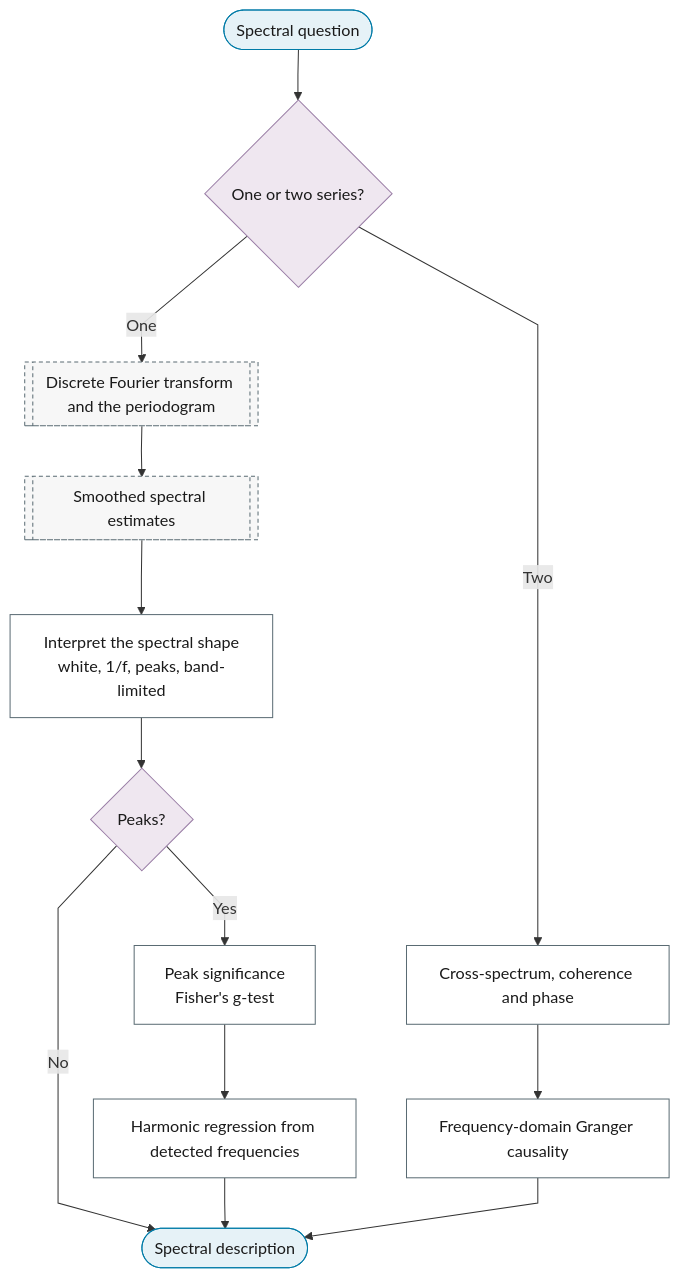
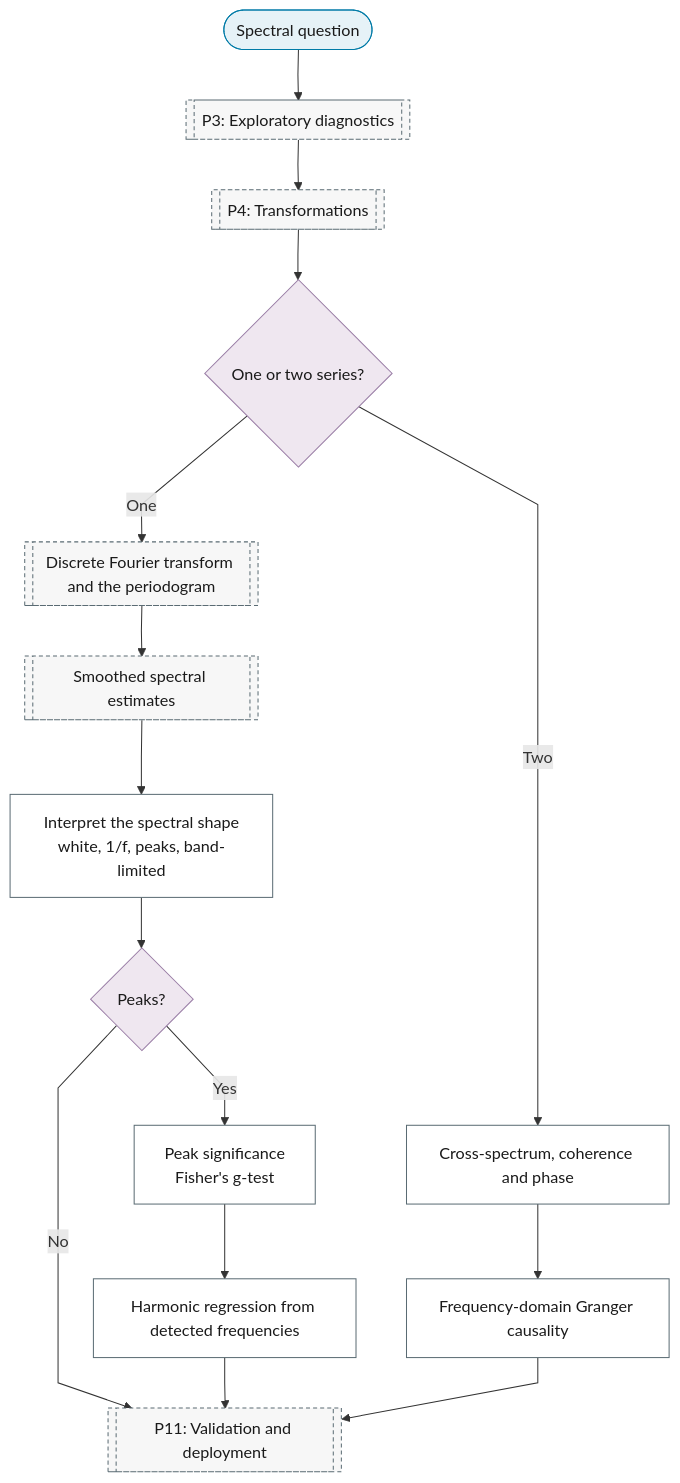
One commit to Shuxin-Y/time-series-analysis-manual changed the diagram in docs/01-workflow/p02-purpose/08-spectral-analysis.md. Above: the diagram before and after it, drawn with Mermaid. The commit also changed 9 other files, not shown here.

First line of the commit message:
fix(flowchart): purpose charts route through the spine and end at P11

````diff
--- a/docs/01-workflow/p02-purpose/08-spectral-analysis.md
+++ b/docs/01-workflow/p02-purpose/08-spectral-analysis.md
@@ -7,27 +7,29 @@
 ```mermaid
 %%{init: {"flowchart": {"curve": "linear"}}}%%
 graph TD
-    P2_SP_IN(["Spectral question"]) --> P2_SP_SERIES{"One or two series?"}
+    P2_SP_IN(["Spectral question"]) --> P3[["P3: Exploratory diagnostics"]]
+    P3 --> P4[["P4: Transformations"]]
+    P4 --> P2_SP_SERIES{"One or two series?"}
     P2_SP_SERIES -->|"One"| P5_FD_DFT[["Discrete Fourier transform and the periodogram"]]
     P2_SP_SERIES -->|"Two"| P2_SP_CROSS_SPECTRUM["Cross-spectrum, coherence and phase"]
     P5_FD_DFT --> P5_FD_SMOOTHED[["Smoothed spectral estimates"]]
     P5_FD_SMOOTHED --> P2_SP_SPECTRAL_SHAPE["Interpret the spectral shape<br/>white, 1/f, peaks, band-limited"]
     P2_SP_SPECTRAL_SHAPE --> P2_SP_PEAKS{"Peaks?"}
     P2_SP_PEAKS -->|"Yes"| P2_SP_PEAK_SIGNIFICANCE["Peak significance<br/>Fisher's g-test"]
-    P2_SP_PEAKS -->|"No"| P2_SP_OUT
+    P2_SP_PEAKS -->|"No"| P11
     P2_SP_PEAK_SIGNIFICANCE --> P2_SP_HARMONIC_REGRESSION["Harmonic regression from detected frequencies"]
     P2_SP_CROSS_SPECTRUM --> P2_SP_FREQ_GRANGER["Frequency-domain Granger causality"]
-    P2_SP_HARMONIC_REGRESSION & P2_SP_FREQ_GRANGER --> P2_SP_OUT(["Spectral description"])
-    class P2_SP_IN,P2_SP_OUT terminator
+    P2_SP_HARMONIC_REGRESSION & P2_SP_FREQ_GRANGER --> P11[["P11: Validation and deployment"]]
+    class P2_SP_IN terminator
     class P2_SP_SERIES,P2_SP_PEAKS decision
     class P2_SP_CROSS_SPECTRUM,P2_SP_SPECTRAL_SHAPE,P2_SP_PEAK_SIGNIFICANCE,P2_SP_HARMONIC_REGRESSION,P2_SP_FREQ_GRANGER process
-    class P5_FD_DFT,P5_FD_SMOOTHED ref
+    class P3,P4,P5_FD_DFT,P5_FD_SMOOTHED,P11 ref
     classDef terminator fill:#E6F2F7,stroke:#007BA7,color:#1A1A1A;
     classDef process fill:#FFFFFF,stroke:#5A6B73,color:#1A1A1A;
     classDef decision fill:#EFE7F0,stroke:#9B7FA7,color:#1A1A1A;
     classDef data fill:#FFF4E0,stroke:#C9A55E,color:#1A1A1A;
     classDef good fill:#DCEFD8,stroke:#4A7A3F,color:#1A1A1A;
     classDef escalate fill:#FFE9C2,stroke:#C9A55E,color:#1A1A1A;
     classDef problem fill:#F2D9DE,stroke:#800020,color:#1A1A1A;
     classDef ref fill:#F7F7F7,stroke:#5A6B73,color:#1A1A1A,stroke-dasharray:4 3;
 ```
````
